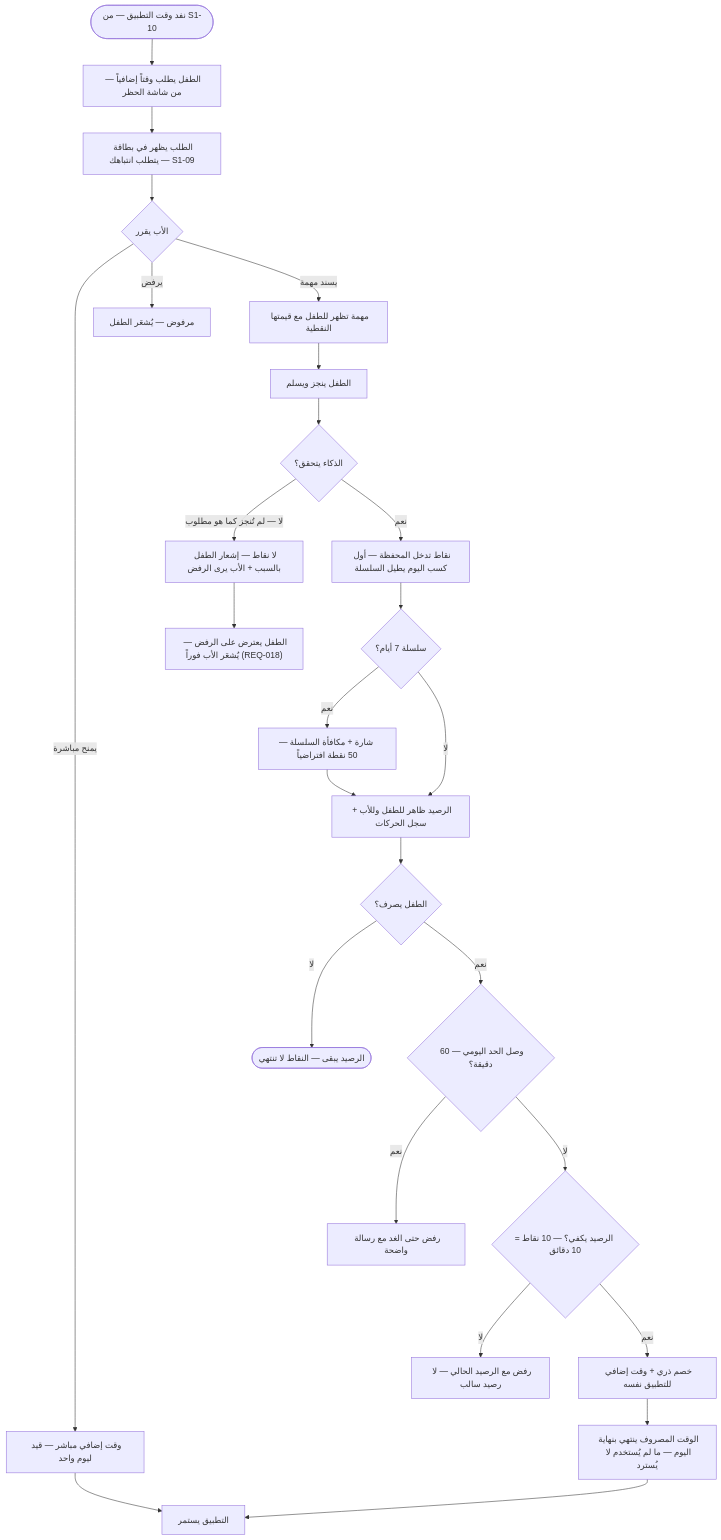
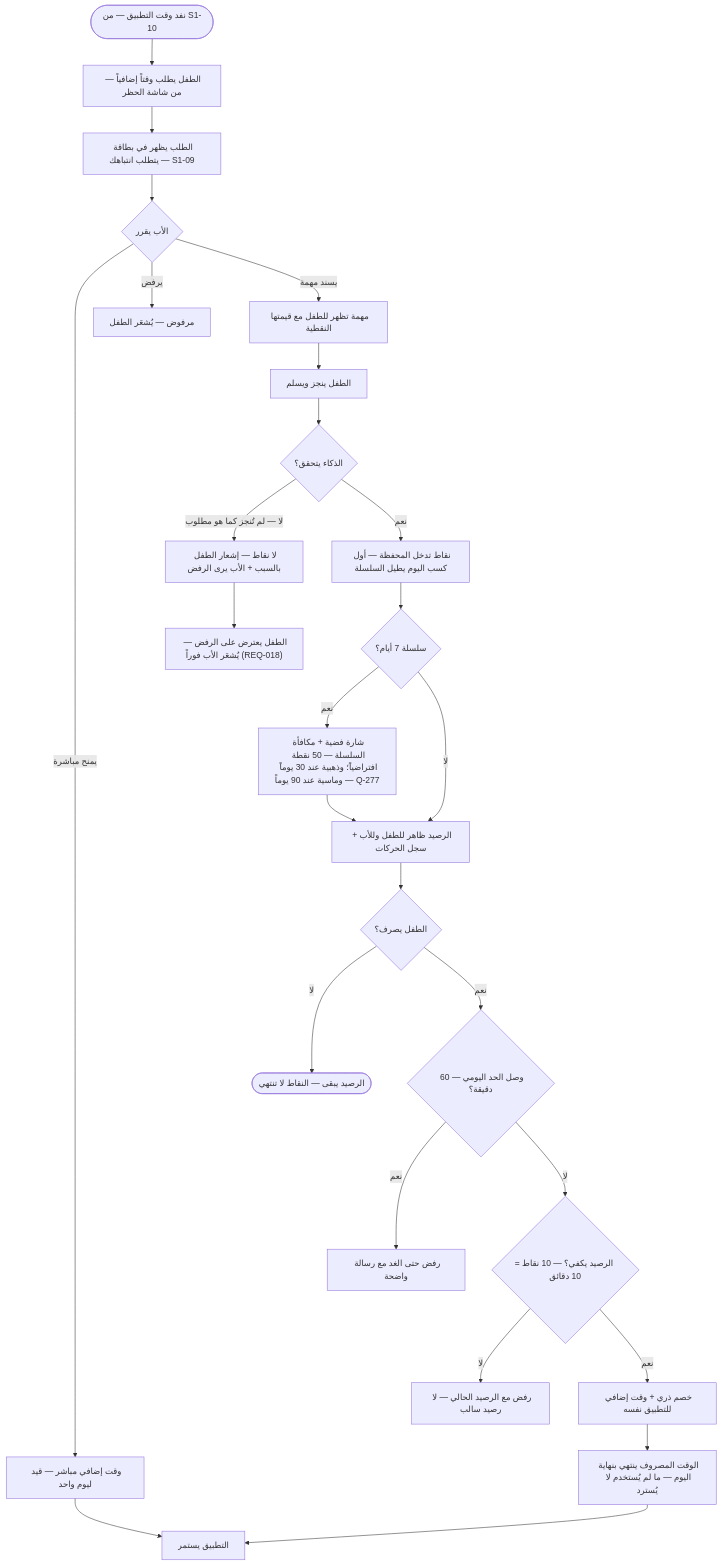
Before and after one commit to Bassam-mohammed-alqaeadi/family-os-v2: the tenth of 12 diagrams in docs/family-os/governance/phases/phase-1/S1-05-rewards-children/DIAGRAMS.md, drawn with Mermaid. The commit also changed other lines of this file and 1 other file, not shown here.

Commit message:
S1-05 R2-S105-19 (Q-277): مستويات الشارات — فضية 7 أيام، ذهبية 30 يوماً، ماسية 90 يوماً

````diff
--- a/docs/family-os/governance/phases/phase-1/S1-05-rewards-children/DIAGRAMS.md
+++ b/docs/family-os/governance/phases/phase-1/S1-05-rewards-children/DIAGRAMS.md
@@ -424,28 +424,28 @@
 ```mermaid
 flowchart TD
     Start([نفد وقت التطبيق — من S1-10]) --> Req[الطفل يطلب وقتاً إضافياً — من شاشة الحظر]
     Req --> Card[الطلب يظهر في بطاقة يتطلب انتباهك — S1-09]
     Card --> Father{الأب يقرر}
     Father -->|يمنح مباشرة| Grant[وقت إضافي مباشر — قيد ليوم واحد]
     Grant --> Play[التطبيق يستمر]
     Father -->|يرفض| Reject[مرفوض — يُشعَر الطفل]
     Father -->|يسند مهمة| Task[مهمة تظهر للطفل مع قيمتها النقطية]
     Task --> Do[الطفل ينجز ويسلم]
     Do --> AI{الذكاء يتحقق؟}
     AI -->|لا — لم تُنجز كما هو مطلوب| NoCredit[لا نقاط — إشعار الطفل بالسبب + الأب يرى الرفض]
     NoCredit --> Obj["الطفل يعترض على الرفض — يُشعَر الأب فوراً (REQ-018)"]
     AI -->|نعم| Credit[نقاط تدخل المحفظة — أول كسب اليوم يطيل السلسلة]
     Credit --> Streak{سلسلة 7 أيام؟}
-    Streak -->|نعم| Bonus[شارة + مكافأة السلسلة — 50 نقطة افتراضياً]
+    Streak -->|نعم| Bonus[شارة فضية + مكافأة السلسلة — 50 نقطة افتراضياً؛ وذهبية عند 30 يوماً وماسية عند 90 يوماً — Q-277]
     Streak -->|لا| Wallet[الرصيد ظاهر للطفل وللأب + سجل الحركات]
     Bonus --> Wallet
     Wallet --> Redeem{الطفل يصرف؟}
     Redeem -->|لا| End([الرصيد يبقى — النقاط لا تنتهي])
     Redeem -->|نعم| Cap{وصل الحد اليومي — 60 دقيقة؟}
     Cap -->|نعم| Block[رفض حتى الغد مع رسالة واضحة]
     Cap -->|لا| Check{الرصيد يكفي؟ — 10 نقاط = 10 دقائق}
     Check -->|لا| NoBal[رفض مع الرصيد الحالي — لا رصيد سالب]
     Check -->|نعم| Spend[خصم ذري + وقت إضافي للتطبيق نفسه]
     Spend --> Expire[الوقت المصروف ينتهي بنهاية اليوم — ما لم يُستخدم لا يُسترد]
     Expire --> Play
 ```
````
